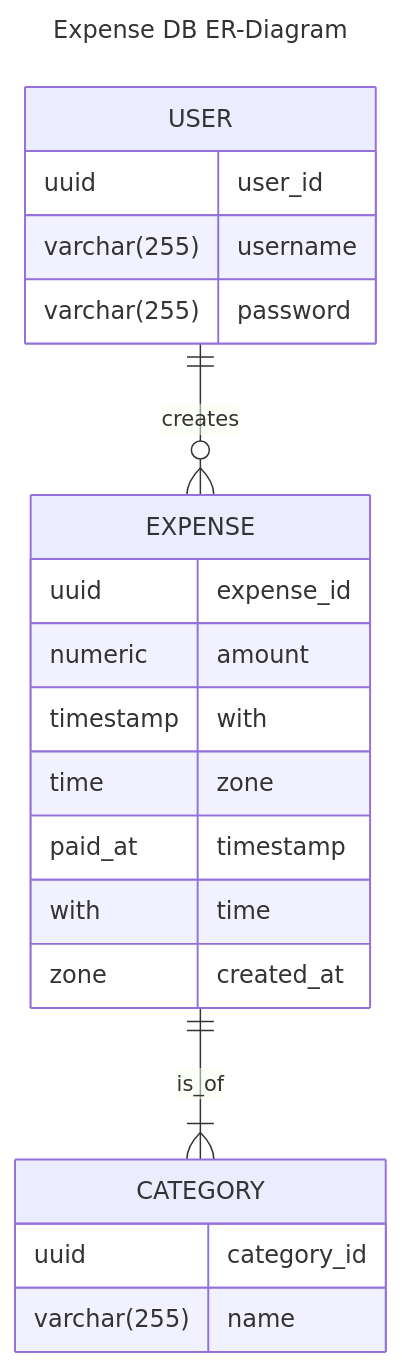
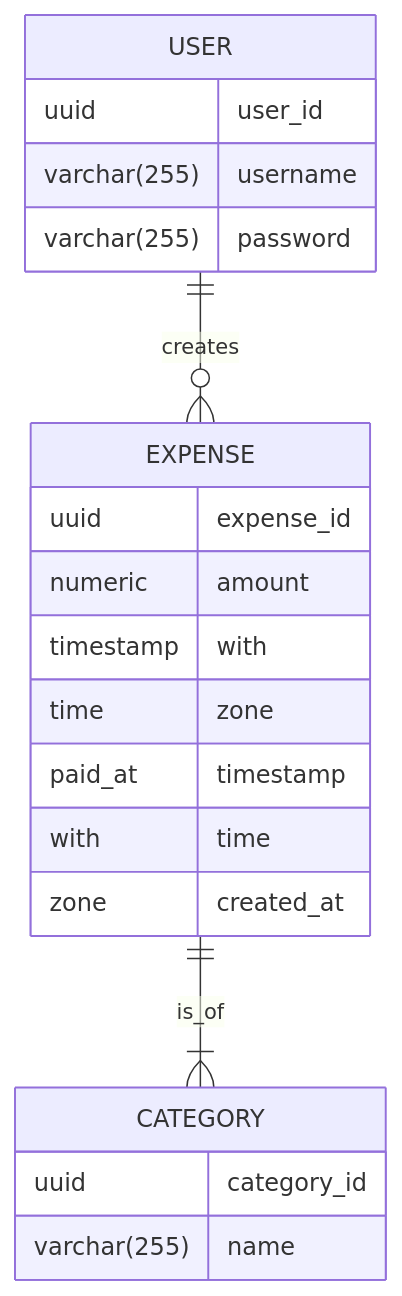
Before and after one commit to Simonito/Spring-Boot-Api-ExpenseApp: the diagram in README.md, drawn with Mermaid.

Commit message:
Get rid of title in README
GitHub cannot render the title

````diff
--- a/README.md
+++ b/README.md
@@ -9,23 +9,20 @@
 ```mermaid
-    ---
-    title: Expense DB ER-Diagram
-    ---
     erDiagram
     USER ||--o{ EXPENSE : creates
     EXPENSE ||--|{ CATEGORY : is_of
     USER {
     uuid user_id
     varchar(255) username
     varchar(255) password
     }
     CATEGORY {
     uuid category_id
     varchar(255) name
     }
     EXPENSE {
     uuid expense_id
     numeric amount
     timestamp with time zone paid_at
     timestamp with time zone created_at
     }
 ```
````
